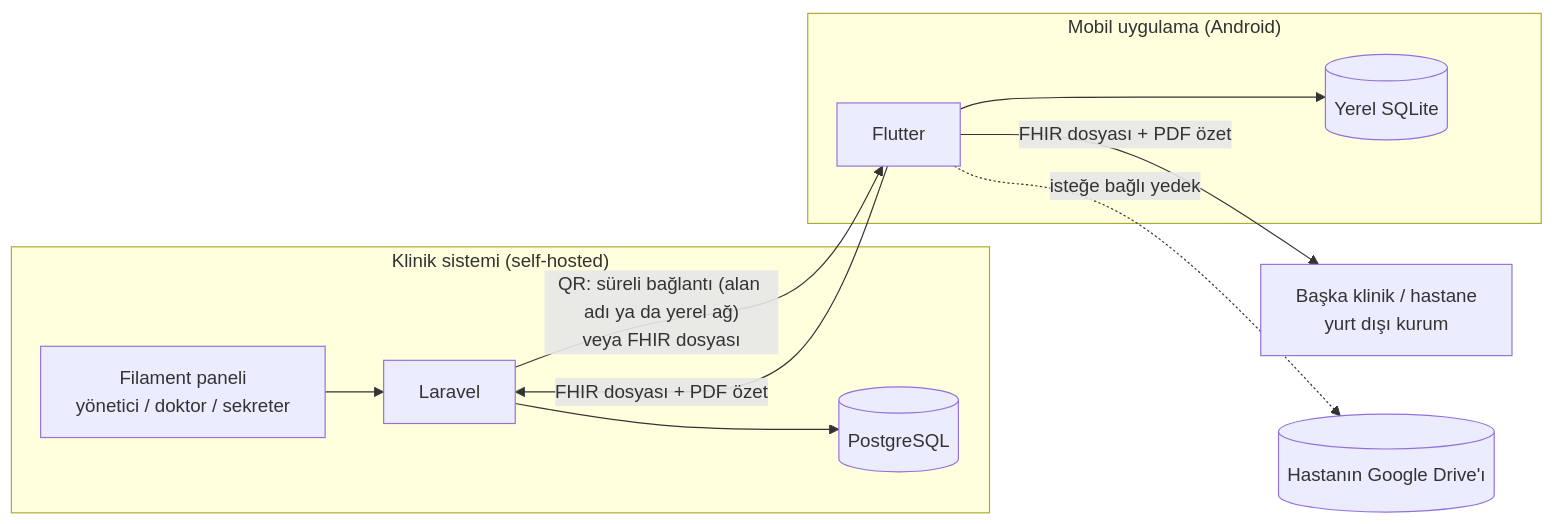
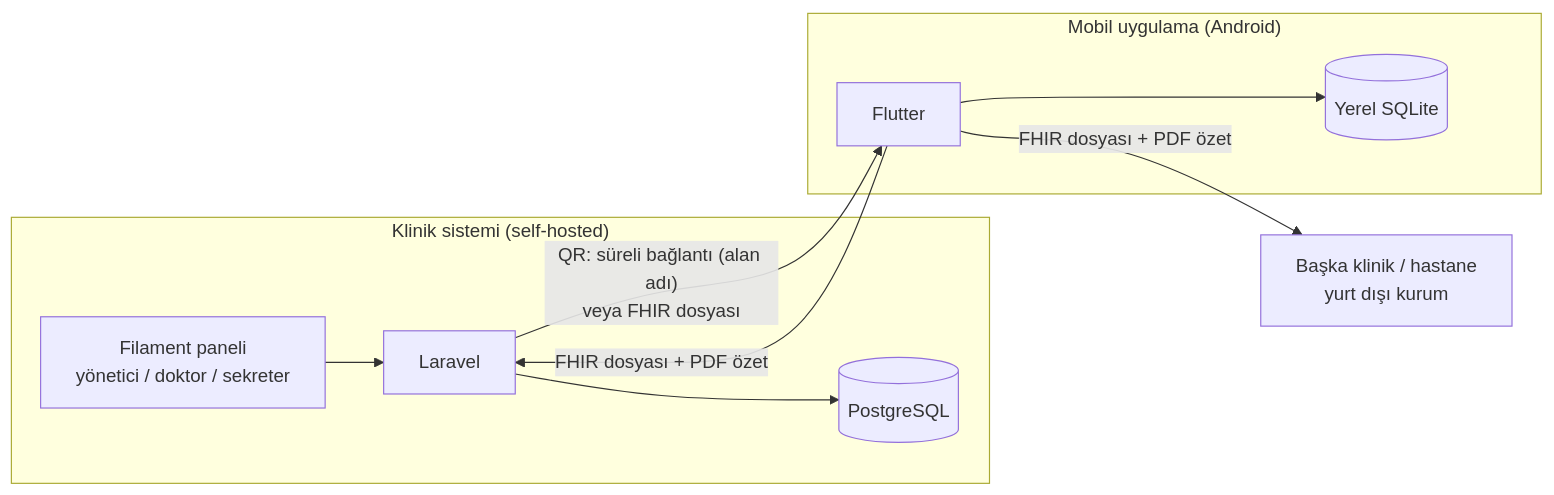
Before and after one commit to cengizonkal/lokman: the diagram in docs/PLAN.md, drawn with Mermaid. The commit also changed other lines of this file and 1 other file, not shown here.

````diff
--- a/docs/PLAN.md
+++ b/docs/PLAN.md
@@ -13,14 +13,13 @@
 ```mermaid
 flowchart LR
   subgraph Klinik["Klinik sistemi (self-hosted)"]
     P[Filament paneli<br/>yönetici / doktor / sekreter] --> L[Laravel]
     L --> DB[(PostgreSQL)]
   end
   subgraph Telefon["Mobil uygulama (Android)"]
     A[Flutter] --> S[(Yerel SQLite)]
   end
-  L -- "QR: süreli bağlantı (alan adı ya da yerel ağ)<br/>veya FHIR dosyası" --> A
+  L -- "QR: süreli bağlantı (alan adı)<br/>veya FHIR dosyası" --> A
   A -- "FHIR dosyası + PDF özet" --> L
   A -- "FHIR dosyası + PDF özet" --> H[Başka klinik / hastane<br/>yurt dışı kurum]
-  A -. "isteğe bağlı yedek" .-> G[(Hastanın Google Drive'ı)]
 ```
````
